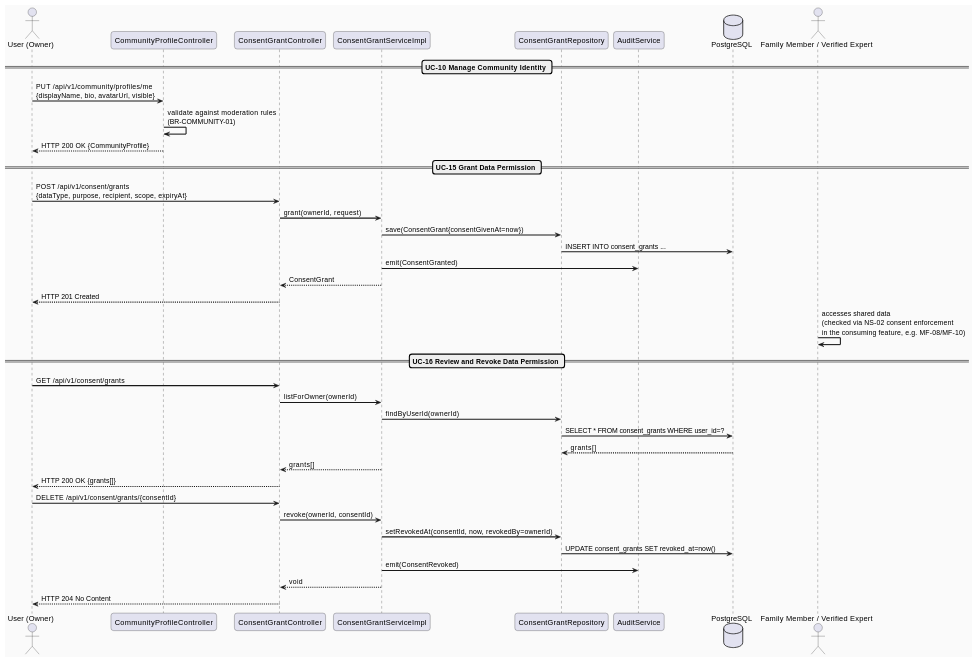
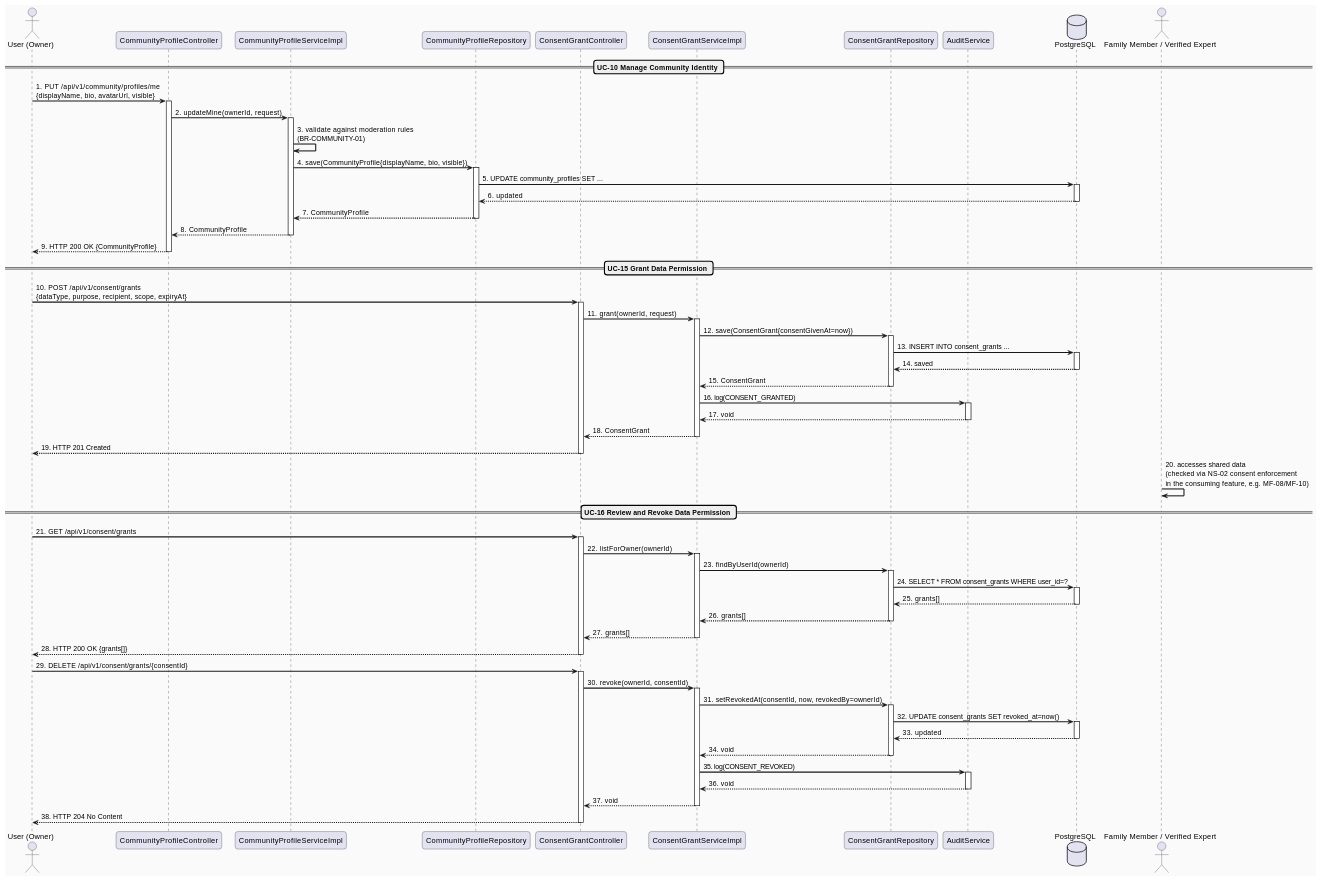
The second of 3 diagrams in docs/Detailed_Design/MF01_Account_Trust_AccesControl/02_Community_Identity_Privacy_Consent_Sharing.md (ChuongBDHE172784/CareBridge_SEP490_G79), drawn with PlantUML before and after one commit. The commit also changed 29 other files, not shown here.

Commit message:
feat: add detailed sequence diagrams to documentation and standardize service-layer interaction flows across modules

````diff
--- a/docs/Detailed_Design/MF01_Account_Trust_AccesControl/02_Community_Identity_Privacy_Consent_Sharing.md
+++ b/docs/Detailed_Design/MF01_Account_Trust_AccesControl/02_Community_Identity_Privacy_Consent_Sharing.md
@@ -139,6 +139,8 @@
 
 actor "User (Owner)" as Owner
 participant "CommunityProfileController" as CPController
+participant "CommunityProfileServiceImpl" as CPService
+participant "CommunityProfileRepository" as CPRepo
 participant "ConsentGrantController" as CGController
 participant "ConsentGrantServiceImpl" as Service
 participant "ConsentGrantRepository" as Repo
@@ -147,37 +149,86 @@
 actor "Family Member / Verified Expert" as Recipient
 
 == UC-10 Manage Community Identity ==
-Owner -> CPController : PUT /api/v1/community/profiles/me\n{displayName, bio, avatarUrl, visible}
-CPController -> CPController : validate against moderation rules\n(BR-COMMUNITY-01)
-CPController --> Owner : HTTP 200 OK {CommunityProfile}
+Owner -> CPController : 1. PUT /api/v1/community/profiles/me\n{displayName, bio, avatarUrl, visible}
+activate CPController
+CPController -> CPService : 2. updateMine(ownerId, request)
+activate CPService
+CPService -> CPService : 3. validate against moderation rules\n(BR-COMMUNITY-01)
+CPService -> CPRepo : 4. save(CommunityProfile{displayName, bio, visible})
+activate CPRepo
+CPRepo -> DB : 5. UPDATE community_profiles SET ...
+activate DB
+DB --> CPRepo : 6. updated
+deactivate DB
+CPRepo --> CPService : 7. CommunityProfile
+deactivate CPRepo
+CPService --> CPController : 8. CommunityProfile
+deactivate CPService
+CPController --> Owner : 9. HTTP 200 OK {CommunityProfile}
+deactivate CPController
 
 == UC-15 Grant Data Permission ==
-Owner -> CGController : POST /api/v1/consent/grants\n{dataType, purpose, recipient, scope, expiryAt}
-CGController -> Service : grant(ownerId, request)
-Service -> Repo : save(ConsentGrant{consentGivenAt=now})
-Repo -> DB : INSERT INTO consent_grants ...
-Service -> Audit : emit(ConsentGranted)
-Service --> CGController : ConsentGrant
-CGController --> Owner : HTTP 201 Created
+Owner -> CGController : 10. POST /api/v1/consent/grants\n{dataType, purpose, recipient, scope, expiryAt}
+activate CGController
+CGController -> Service : 11. grant(ownerId, request)
+activate Service
+Service -> Repo : 12. save(ConsentGrant{consentGivenAt=now})
+activate Repo
+Repo -> DB : 13. INSERT INTO consent_grants ...
+activate DB
+DB --> Repo : 14. saved
+deactivate DB
+Repo --> Service : 15. ConsentGrant
+deactivate Repo
+Service -> Audit : 16. log(CONSENT_GRANTED)
+activate Audit
+Audit --> Service : 17. void
+deactivate Audit
+Service --> CGController : 18. ConsentGrant
+deactivate Service
+CGController --> Owner : 19. HTTP 201 Created
+deactivate CGController
 
-Recipient -> Recipient : accesses shared data\n(checked via NS-02 consent enforcement\nin the consuming feature, e.g. MF-08/MF-10)
+Recipient -> Recipient : 20. accesses shared data\n(checked via NS-02 consent enforcement\nin the consuming feature, e.g. MF-08/MF-10)
 
 == UC-16 Review and Revoke Data Permission ==
-Owner -> CGController : GET /api/v1/consent/grants
-CGController -> Service : listForOwner(ownerId)
-Service -> Repo : findByUserId(ownerId)
-Repo -> DB : SELECT * FROM consent_grants WHERE user_id=?
-DB --> Repo : grants[]
-Service --> CGController : grants[]
-CGController --> Owner : HTTP 200 OK {grants[]}
+Owner -> CGController : 21. GET /api/v1/consent/grants
+activate CGController
+CGController -> Service : 22. listForOwner(ownerId)
+activate Service
+Service -> Repo : 23. findByUserId(ownerId)
+activate Repo
+Repo -> DB : 24. SELECT * FROM consent_grants WHERE user_id=?
+activate DB
+DB --> Repo : 25. grants[]
+deactivate DB
+Repo --> Service : 26. grants[]
+deactivate Repo
+Service --> CGController : 27. grants[]
+deactivate Service
+CGController --> Owner : 28. HTTP 200 OK {grants[]}
+deactivate CGController
 
-Owner -> CGController : DELETE /api/v1/consent/grants/{consentId}
-CGController -> Service : revoke(ownerId, consentId)
-Service -> Repo : setRevokedAt(consentId, now, revokedBy=ownerId)
-Repo -> DB : UPDATE consent_grants SET revoked_at=now()
-Service -> Audit : emit(ConsentRevoked)
-Service --> CGController : void
-CGController --> Owner : HTTP 204 No Content
+Owner -> CGController : 29. DELETE /api/v1/consent/grants/{consentId}
+activate CGController
+CGController -> Service : 30. revoke(ownerId, consentId)
+activate Service
+Service -> Repo : 31. setRevokedAt(consentId, now, revokedBy=ownerId)
+activate Repo
+Repo -> DB : 32. UPDATE consent_grants SET revoked_at=now()
+activate DB
+DB --> Repo : 33. updated
+deactivate DB
+Repo --> Service : 34. void
+deactivate Repo
+Service -> Audit : 35. log(CONSENT_REVOKED)
+activate Audit
+Audit --> Service : 36. void
+deactivate Audit
+Service --> CGController : 37. void
+deactivate Service
+CGController --> Owner : 38. HTTP 204 No Content
+deactivate CGController
 
 @enduml
 ```
````
